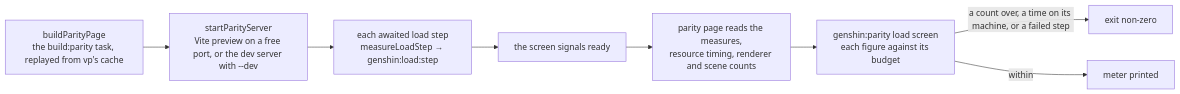
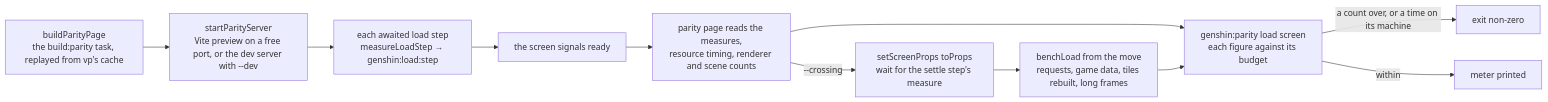
Before and after one commit to Esposter/Esposter: the diagram in apps/web/content/docs/genshin/load-budget.md, drawn with Mermaid. The commit also changed other lines of this file and 15 other files, not shown here.

First line of the commit message:
feat(scripts): the load meter measures a crossing, the world's into Liyue's reach, with the tiles it rebuilds

````diff
--- a/apps/web/content/docs/genshin/load-budget.md
+++ b/apps/web/content/docs/genshin/load-budget.md
@@ -39,10 +41,13 @@
 ```mermaid
 flowchart LR
   BUILD["buildParityPage<br/>the build:parity task, replayed from vp's cache"] --> PREVIEW["startParityServer<br/>Vite preview on a free port, or the dev server with --dev"]
   PREVIEW --> STEP["each awaited load step<br/>measureLoadStep → genshin:load:step"]
   STEP --> READY["the screen signals ready"]
   READY --> READ["parity page reads the measures,<br/>resource timing, renderer and scene counts"]
   READ --> METER["genshin:parity load screen<br/>each figure against its budget"]
-  METER -->|a count over, a time on its machine, or a failed step| FAIL["exit non-zero"]
+  READ -->|--crossing| MOVE["setScreenProps toProps<br/>wait for the settle step's measure"]
+  MOVE --> CROSS["benchLoad from the move<br/>requests, game data, tiles rebuilt, long frames"]
+  CROSS --> METER
+  METER -->|a count over, or a time on its machine| FAIL["exit non-zero"]
   METER -->|within| PASS["meter printed"]
 ```
````
